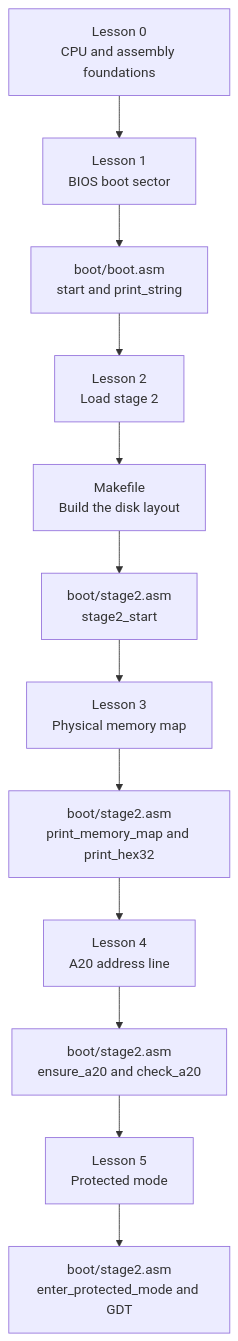
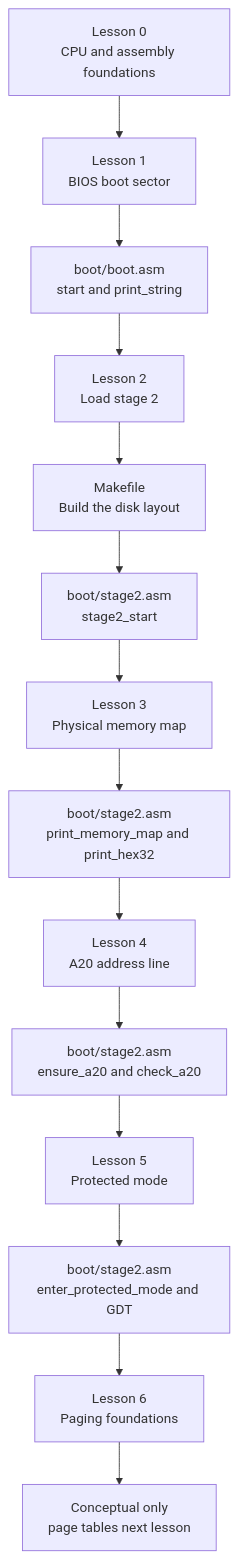
One commit to angellovc/AngelOS changed the diagram in CODE_READING_MAP.md. Above: the diagram before and after it, drawn with Mermaid. The commit also changed other lines of this file and 2 other files, not shown here.

Commit message:
add paging foundations lesson

````diff
--- a/CODE_READING_MAP.md
+++ b/CODE_READING_MAP.md
@@ -24,17 +24,19 @@
 ```mermaid
 flowchart TD
     L0["Lesson 0<br/>CPU and assembly foundations"]
     B1["boot/boot.asm<br/>start and print_string"]
     L1["Lesson 1<br/>BIOS boot sector"]
     M["Makefile<br/>Build the disk layout"]
     L2["Lesson 2<br/>Load stage 2"]
     S2["boot/stage2.asm<br/>stage2_start"]
     L3["Lesson 3<br/>Physical memory map"]
     MAP["boot/stage2.asm<br/>print_memory_map and print_hex32"]
     L4["Lesson 4<br/>A20 address line"]
     A20["boot/stage2.asm<br/>ensure_a20 and check_a20"]
     L5["Lesson 5<br/>Protected mode"]
     PM["boot/stage2.asm<br/>enter_protected_mode and GDT"]
+    L6["Lesson 6<br/>Paging foundations"]
+    P6["Conceptual only<br/>page tables next lesson"]
 
-    L0 --> L1 --> B1 --> L2 --> M --> S2 --> L3 --> MAP --> L4 --> A20 --> L5 --> PM
+    L0 --> L1 --> B1 --> L2 --> M --> S2 --> L3 --> MAP --> L4 --> A20 --> L5 --> PM --> L6 --> P6
 ```
````
